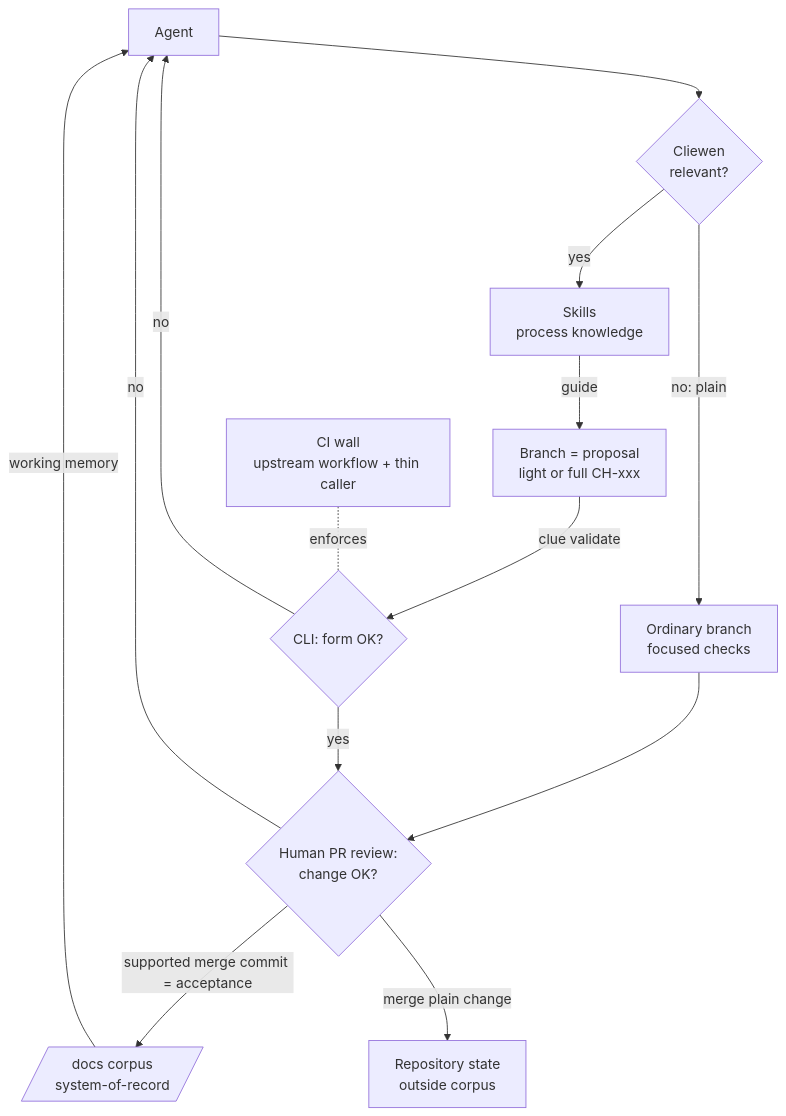
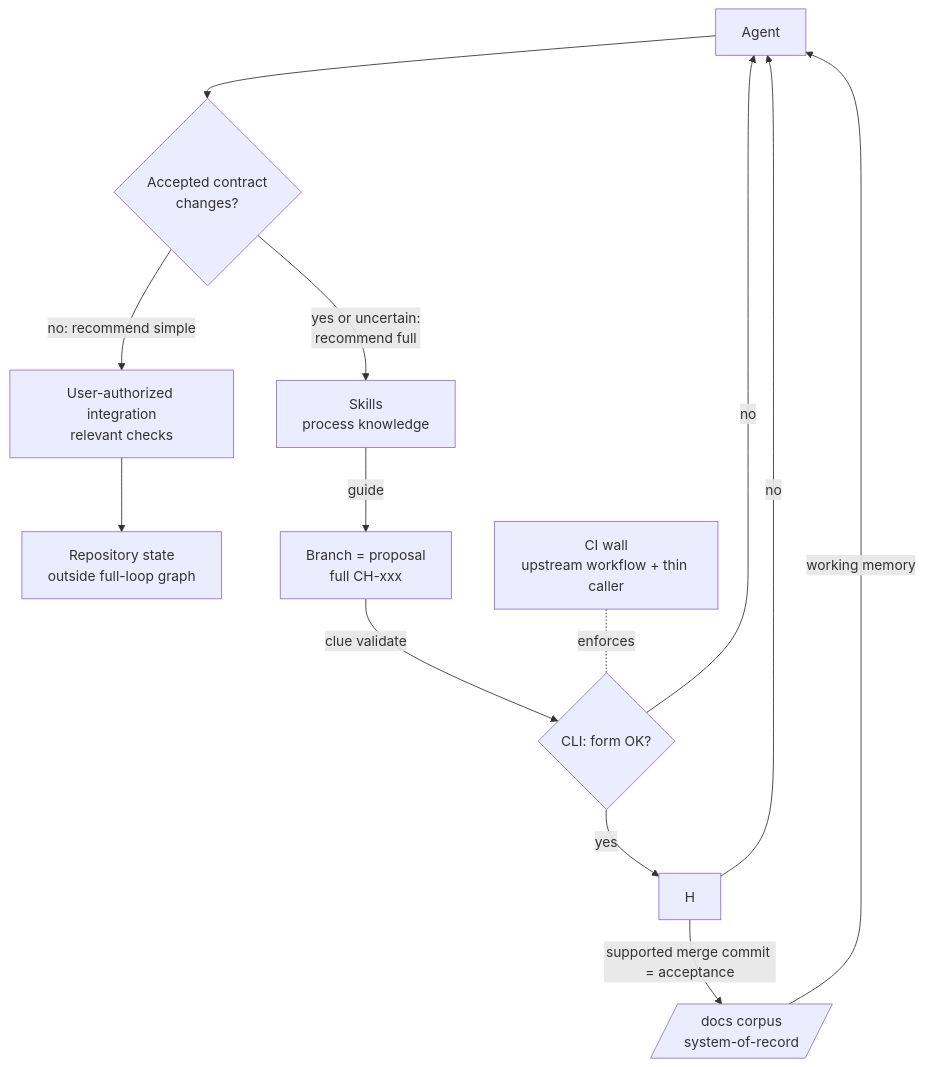
Before and after one commit to cliewen/cliewen: the first of 2 diagrams in docs/architecture/architecture.md, drawn with Mermaid. The commit also changed other lines of this file and 90 other files, not shown here.

````diff
--- a/docs/architecture/architecture.md
+++ b/docs/architecture/architecture.md
@@ -24,16 +24,15 @@
 ```mermaid
 flowchart TD
-    A[Agent] --> Q{Cliewen<br/>relevant?}
-    Q -->|no: plain| P[Ordinary branch<br/>focused checks]
-    P --> H{Human PR review:<br/>change OK?}
-    Q -->|yes| S[Skills<br/>process knowledge]
-    S -->|guide| B[Branch = proposal<br/>light or full CH-xxx]
+    A[Agent] --> Q{Accepted contract<br/>changes?}
+    Q -->|no: recommend simple| P[User-authorized integration<br/>relevant checks]
+    P --> R[Repository state<br/>outside full-loop graph]
+    Q -->|yes or uncertain:<br/>recommend full| S[Skills<br/>process knowledge]
+    S -->|guide| B[Branch = proposal<br/>full CH-xxx]
     B -->|clue validate| C{CLI: form OK?}
     C -->|no| A
     C -->|yes| H
     H -->|no| A
     H -->|supported merge commit = acceptance| D[/docs corpus<br/>system-of-record/]
-    H -->|merge plain change| R[Repository state<br/>outside corpus]
     D -->|working memory| A
     W[CI wall<br/>upstream workflow + thin caller] -.enforces.- C
 ```
````
